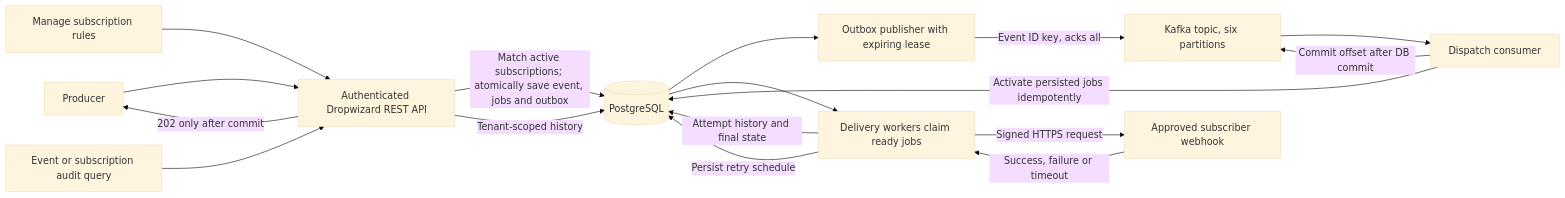
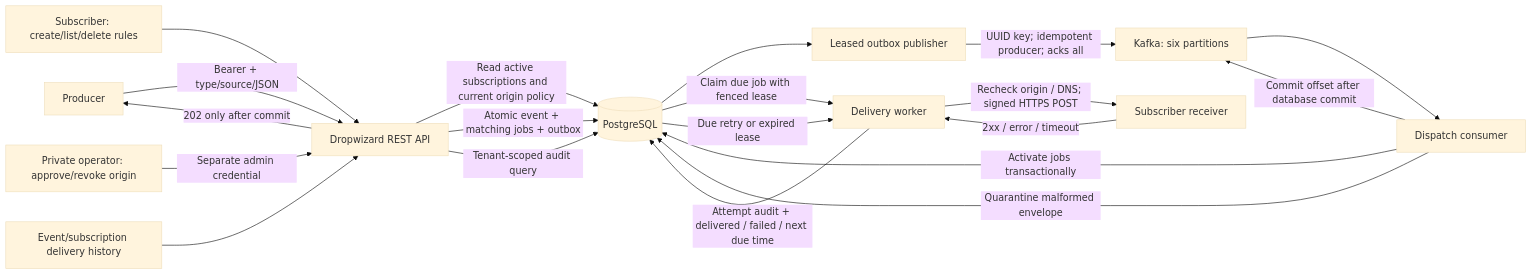
Before and after one commit to Sahil2237/notification-fanout: the first of 3 diagrams in docs/architecture.md, drawn with Mermaid (base theme). The commit also changed other lines of this file and 43 other files, not shown here.

Commit message:
Harden runtime destination policy and signed tested-image deployment

````diff
--- a/docs/architecture.md
+++ b/docs/architecture.md
@@ -3,19 +3,22 @@
 ```mermaid
 flowchart LR
- P[Producer] --> A[Authenticated Dropwizard REST API]
- S[Manage subscription rules] --> A
- A -->|Match active subscriptions; atomically save event, jobs and outbox| D[(PostgreSQL)]
+ P[Producer] -->|Bearer + type/source/JSON| A[Dropwizard REST API]
+ S[Subscriber: create/list/delete rules] --> A
+ M[Private operator: approve/revoke origin] -->|Separate admin credential| A
+ A -->|Read active subscriptions and current origin policy| D[(PostgreSQL)]
+ A -->|Atomic event + matching jobs + outbox| D
  A -->|202 only after commit| P
- D --> O[Outbox publisher with expiring lease]
- O -->|Event ID key, acks all| K[Kafka topic, six partitions]
+ D --> O[Leased outbox publisher]
+ O -->|UUID key; idempotent producer; acks all| K[Kafka: six partitions]
  K --> C[Dispatch consumer]
- C -->|Activate persisted jobs idempotently| D
- C -->|Commit offset after DB commit| K
- D --> W[Delivery workers claim ready jobs]
- W -->|Signed HTTPS request| H[Approved subscriber webhook]
- H -->|Success, failure or timeout| W
- W -->|Attempt history and final state| D
- W -->|Persist retry schedule| D
- Q[Event or subscription audit query] --> A
- A -->|Tenant-scoped history| D
+ C -->|Activate jobs transactionally| D
+ C -->|Commit offset after database commit| K
+ C -->|Quarantine malformed envelope| D
+ D -->|Claim due job with fenced lease| W[Delivery worker]
+ W -->|Recheck origin / DNS; signed HTTPS POST| H[Subscriber receiver]
+ H -->|2xx / error / timeout| W
+ W -->|Attempt audit + delivered / failed / next due time| D
+ D -->|Due retry or expired lease| W
+ Q[Event/subscription delivery history] --> A
+ A -->|Tenant-scoped audit query| D
 ```
````
